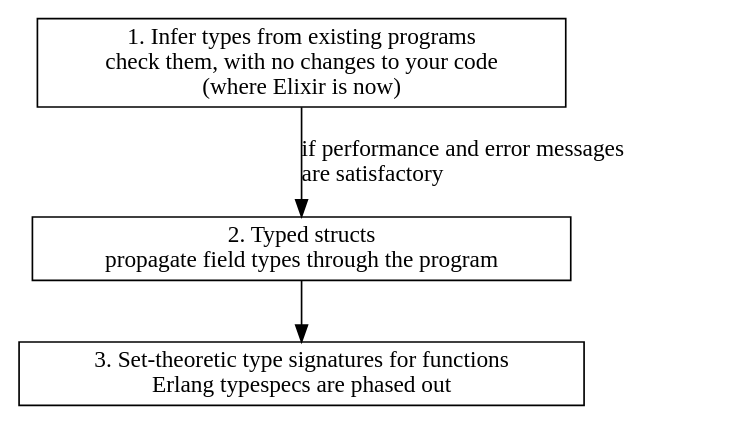
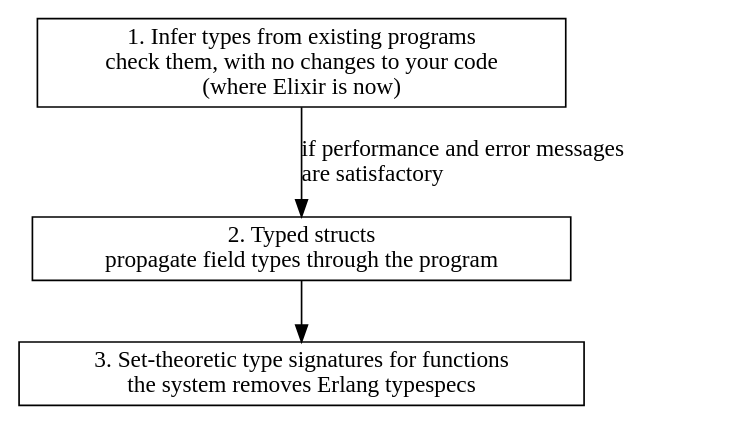
Before and after one commit to danceinthefake/visualixir: the diagram in docs/diagrams/gradual-set-theoretic-types/roadmap.dot, drawn with Graphviz. The commit also changed 37 other files, not shown here.

```diff
--- a/docs/diagrams/gradual-set-theoretic-types/roadmap.dot
+++ b/docs/diagrams/gradual-set-theoretic-types/roadmap.dot
@@ -1,8 +1,8 @@
 digraph roadmap {
   node [shape=box]
   m1 [label="1. Infer types from existing programs\ncheck them, with no changes to your code\n(where Elixir is now)" class=hl]
   m2 [label="2. Typed structs\npropagate field types through the program"]
-  m3 [label="3. Set-theoretic type signatures for functions\nErlang typespecs are phased out"]
+  m3 [label="3. Set-theoretic type signatures for functions\nthe system removes Erlang typespecs"]
   m1 -> m2 [label=" if performance and error messages\l are satisfactory\l"]
   m2 -> m3
 }
```
